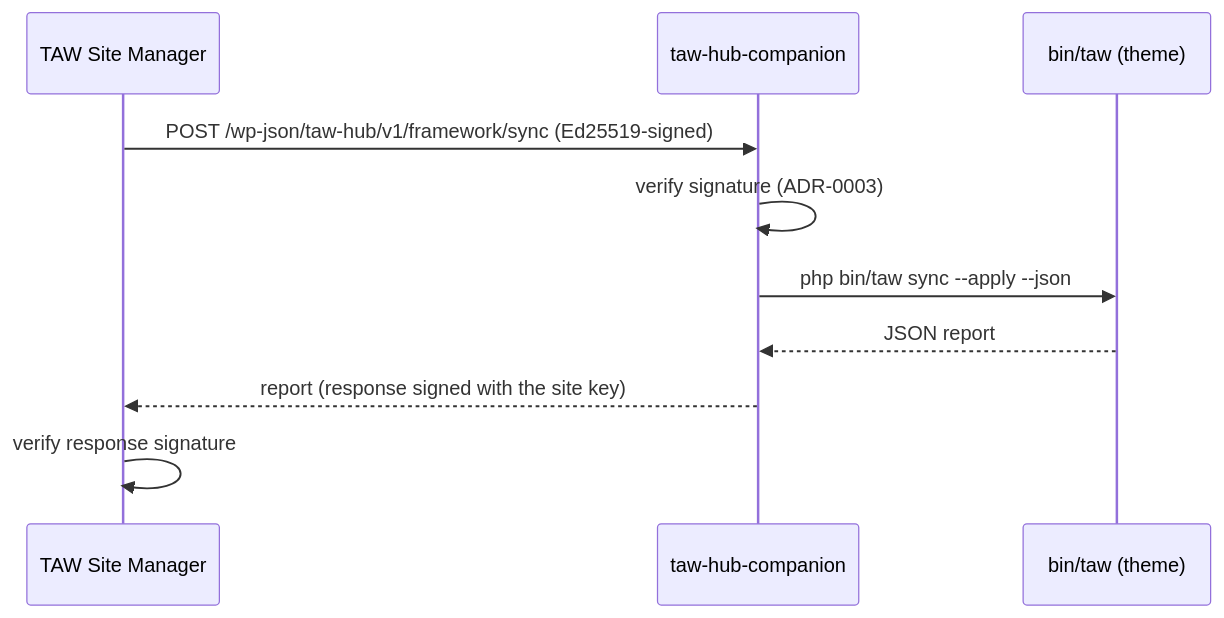
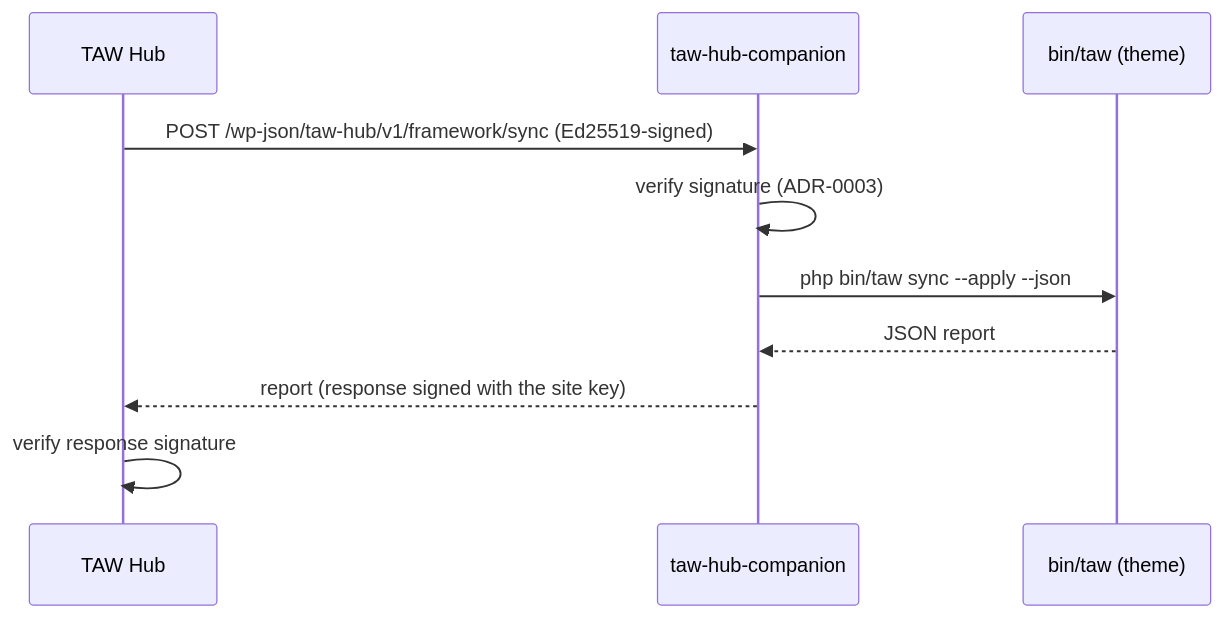
Before and after one commit to Relmaur/taw-docs: the diagram in taw-hub-companion.mdx, drawn with Mermaid. The commit also changed other lines of this file, not shown here.

First line of the commit message:
taw-hub-companion page: Hub repo renamed to Relmaur/taw-hub

````diff
--- a/taw-hub-companion.mdx
+++ b/taw-hub-companion.mdx
@@ -14,12 +14,12 @@
 ```mermaid
 sequenceDiagram
-    participant Hub as TAW Site Manager
+    participant Hub as TAW Hub
     participant Plugin as taw-hub-companion
     participant CLI as bin/taw (theme)
     Hub->>Plugin: POST /wp-json/taw-hub/v1/framework/sync  (Ed25519-signed)
     Plugin->>Plugin: verify signature (ADR-0003)
     Plugin->>CLI: php bin/taw sync --apply --json
     CLI-->>Plugin: JSON report
     Plugin-->>Hub: report  (response signed with the site key)
     Hub->>Hub: verify response signature
 ```
````
